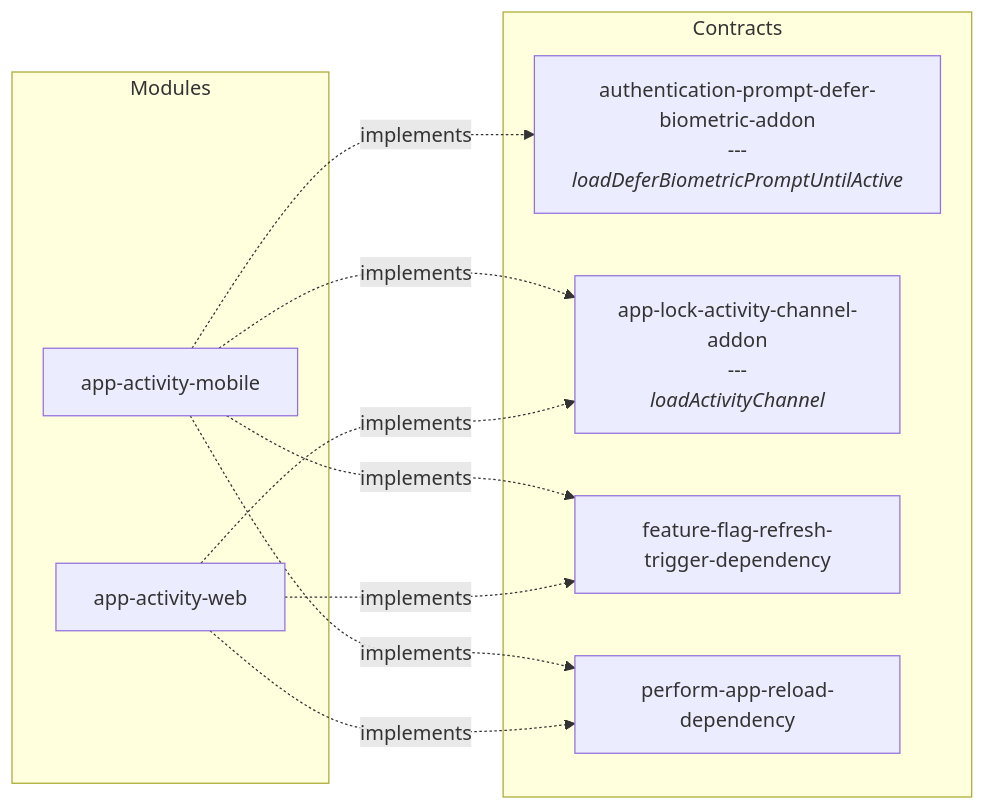
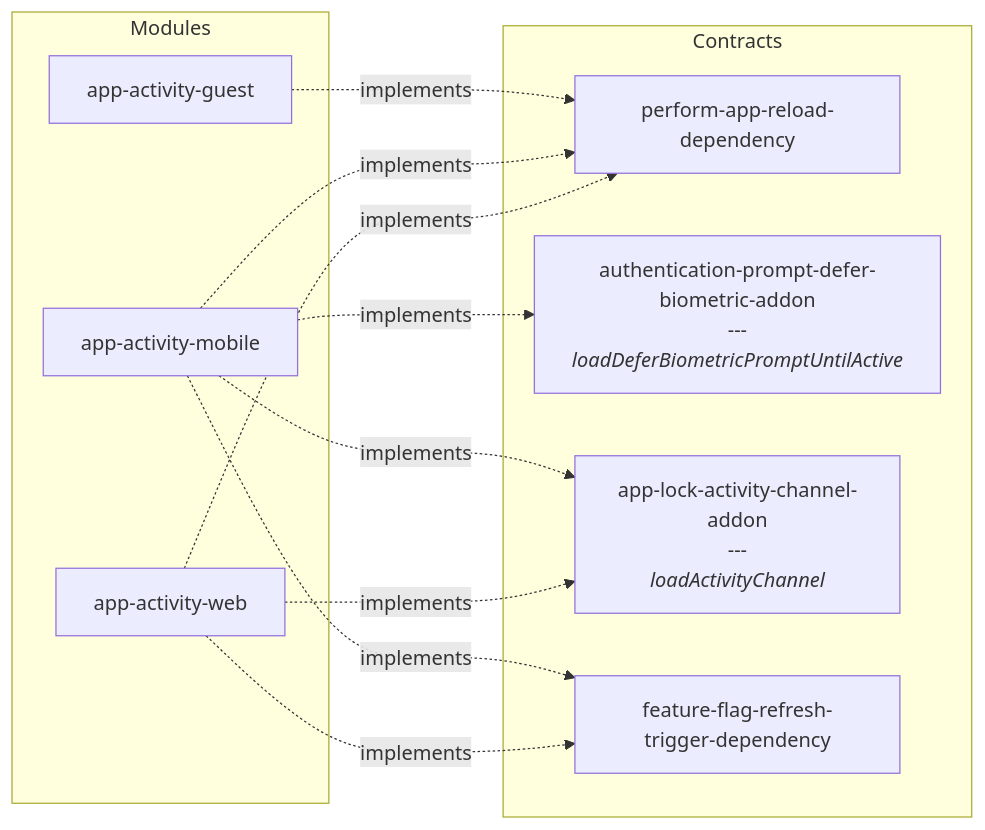
Before and after one commit to input-output-hk/lace: diagram 17 of 32 in docs/contracts-and-modules.md, drawn with Mermaid. The commit also changed other lines of this file and 879 other files, not shown here.

````diff
--- a/docs/contracts-and-modules.md
+++ b/docs/contracts-and-modules.md
@@ -373,20 +400,22 @@
 ```mermaid
 graph LR
   subgraph Contracts
+    perform-app-reload-dependency["perform-app-reload-dependency"]
     authentication-prompt-defer-biometric-addon["authentication-prompt-defer-biometric-addon<br/>---<br/><i>loadDeferBiometricPromptUntilActive</i>"]
     app-lock-activity-channel-addon["app-lock-activity-channel-addon<br/>---<br/><i>loadActivityChannel</i>"]
     feature-flag-refresh-trigger-dependency["feature-flag-refresh-trigger-dependency"]
-    perform-app-reload-dependency["perform-app-reload-dependency"]
   end
   subgraph Modules
-    module_0["app-activity-mobile"]
-    module_1["app-activity-web"]
+    module_0["app-activity-guest"]
+    module_1["app-activity-mobile"]
+    module_2["app-activity-web"]
   end
-  module_0 -.->|implements| authentication-prompt-defer-biometric-addon
-  module_0 -.->|implements| app-lock-activity-channel-addon
-  module_0 -.->|implements| feature-flag-refresh-trigger-dependency
   module_0 -.->|implements| perform-app-reload-dependency
+  module_1 -.->|implements| authentication-prompt-defer-biometric-addon
   module_1 -.->|implements| app-lock-activity-channel-addon
   module_1 -.->|implements| feature-flag-refresh-trigger-dependency
   module_1 -.->|implements| perform-app-reload-dependency
+  module_2 -.->|implements| app-lock-activity-channel-addon
+  module_2 -.->|implements| feature-flag-refresh-trigger-dependency
+  module_2 -.->|implements| perform-app-reload-dependency
 ```
````
